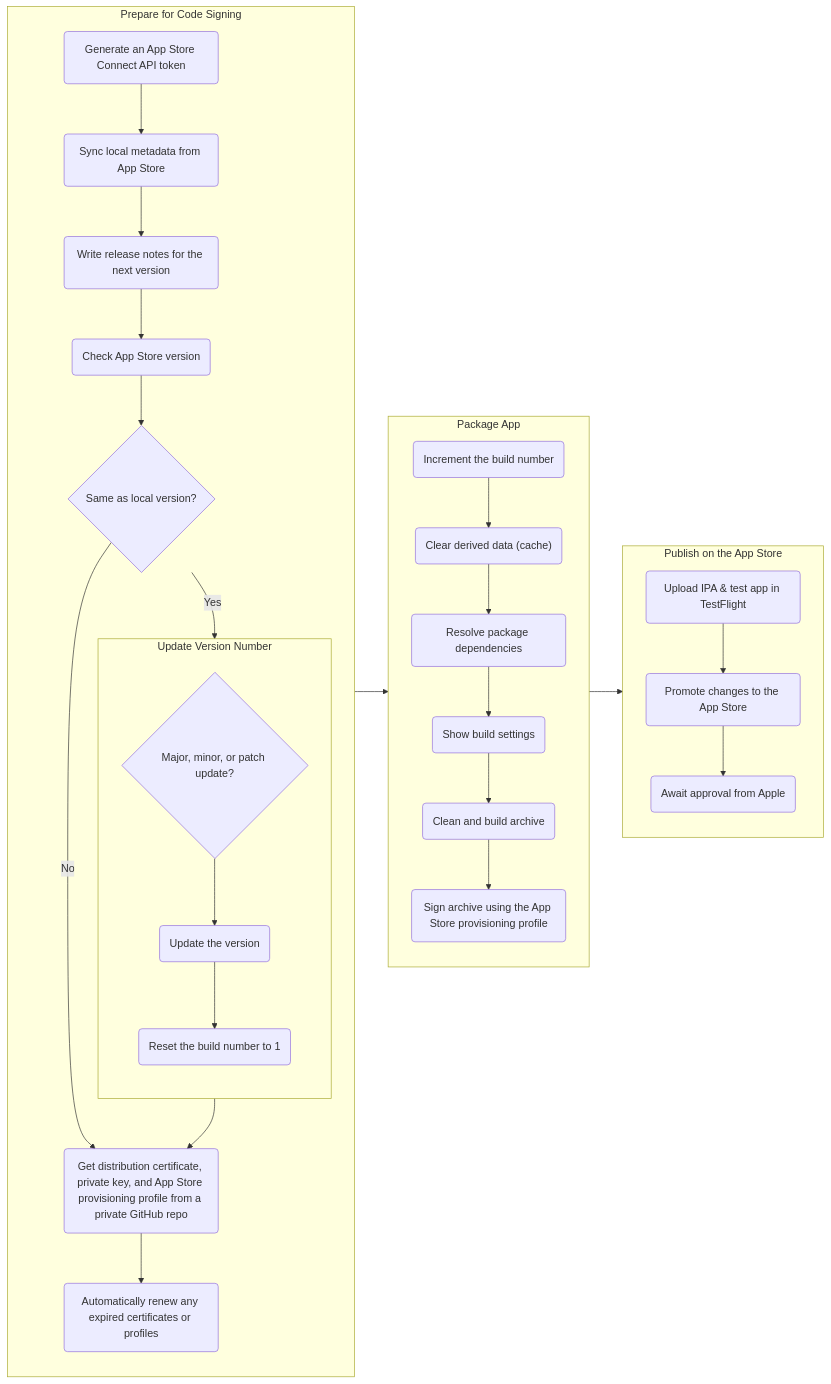
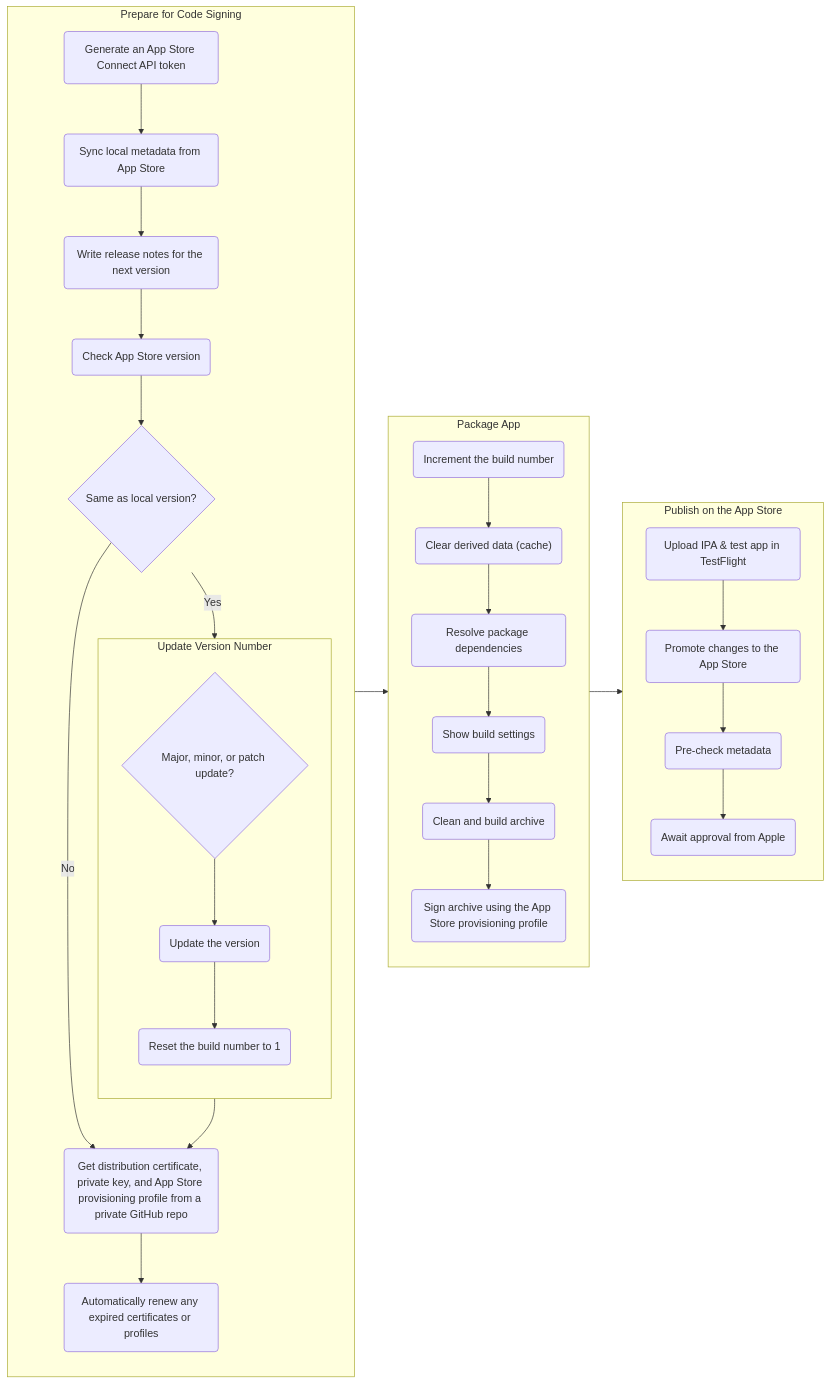
One commit to Abhiek187/ez-recipes-ios changed the second of 2 diagrams in README.md. Above: the diagram before and after it, drawn with Mermaid.

Commit message:
Add pre-check step in the diagram

````diff
--- a/README.md
+++ b/README.md
@@ -49,39 +49,40 @@
 ```mermaid
 flowchart LR
 
 A --> C
 C --> D
 
 subgraph A [Prepare for Code Signing]
 direction TB
 E(Generate an App Store Connect API token) --> F(Sync local metadata from App Store)
 F --> G(Write release notes for the next version)
 G --> H(Check App Store version)
 H --> I{Same as local version?}
 I -->|Yes| B
 I -->|No| J(Get distribution certificate, private key, and App Store provisioning profile from a private GitHub repo)
 J --> K(Automatically renew any expired certificates or profiles)
 end
 
 subgraph B [Update Version Number]
 direction TB
 L{Major, minor, or patch update?} --> M(Update the version)
 M --> N(Reset the build number to 1)
 N --> J
 end
 
 subgraph C [Package App]
 direction TB
 O(Increment the build number) --> P("Clear derived data (cache)")
 P --> Q(Resolve package dependencies)
 Q --> R(Show build settings)
 R --> S(Clean and build archive)
 S --> T(Sign archive using the App Store provisioning profile)
 end
 
 subgraph D [Publish on the App Store]
 direction TB
 U(Upload IPA & test app in TestFlight) --> V(Promote changes to the App Store)
-V --> W(Await approval from Apple)
+V --> W(Pre-check metadata)
+W --> X(Await approval from Apple)
 end
 ```
````
